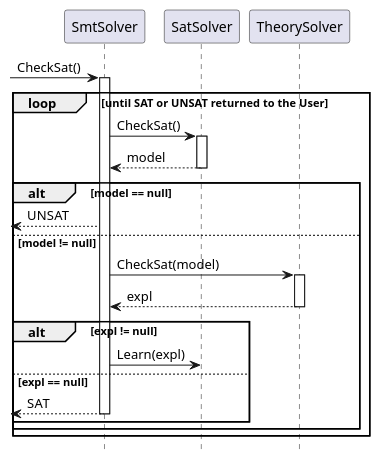
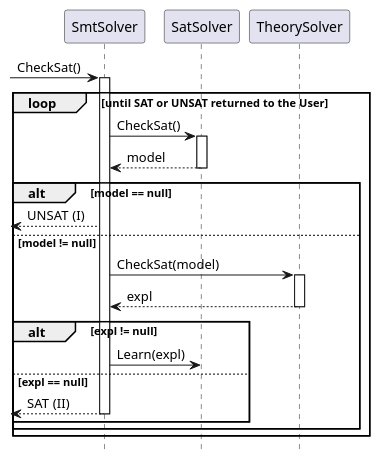
One commit to TendTo/dlinear changed the diagram in docs/tacas/diagrams/dpll.puml. Above: the diagram before and after it, drawn with PlantUML. The commit also changed 9 other files, not shown here.

```diff
--- a/docs/tacas/diagrams/dpll.puml
+++ b/docs/tacas/diagrams/dpll.puml
@@ -1,29 +1,29 @@
 @startuml DPLL
 
 skinparam Shadowing false
 hide footbox
 
 participant SmtSolver
 participant SatSolver
 participant TheorySolver
 
 [-> SmtSolver ++: CheckSat() 
 loop until SAT or UNSAT returned to the User
     SmtSolver -> SatSolver ++: CheckSat()
     return model
 
     alt model == null
-       [<-- SmtSolver: UNSAT
+       [<-- SmtSolver: UNSAT (I)
     else model != null
         SmtSolver -> TheorySolver ++: CheckSat(model)
         return expl
 
         alt expl != null
             SmtSolver -> SatSolver: Learn(expl)
         else expl == null
-            return SAT
+            return SAT (II)
         end
     end
 end
 
 @enduml
```
